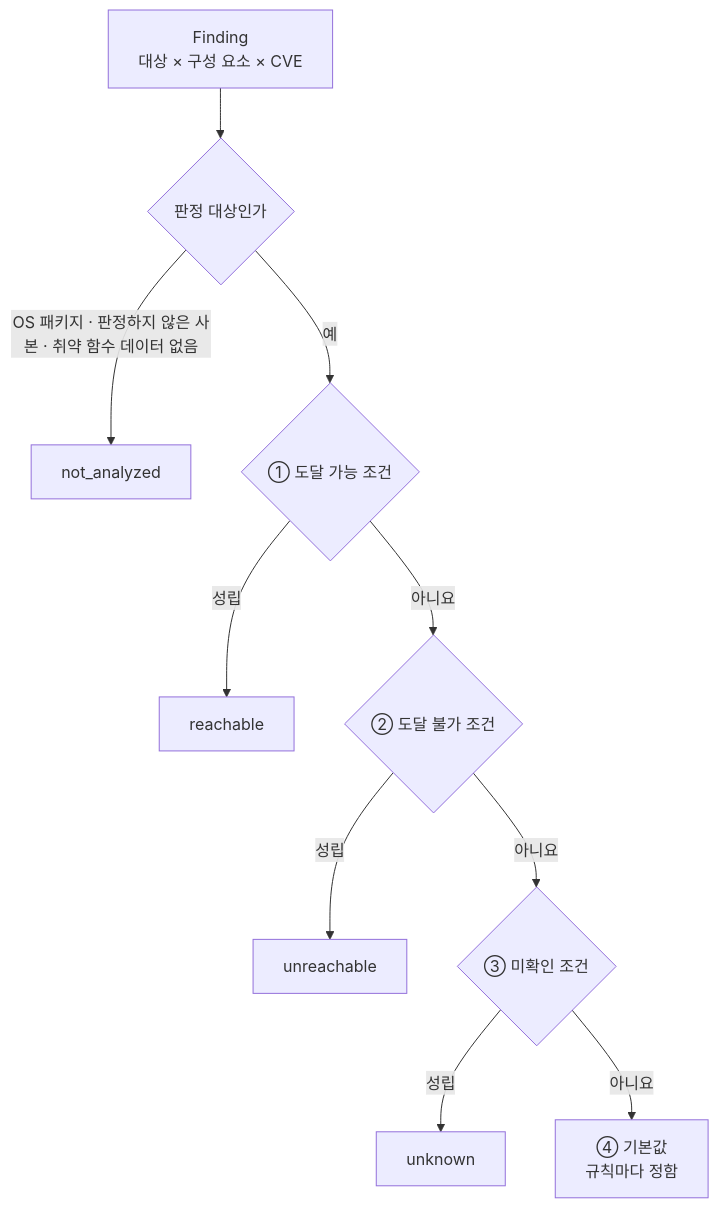
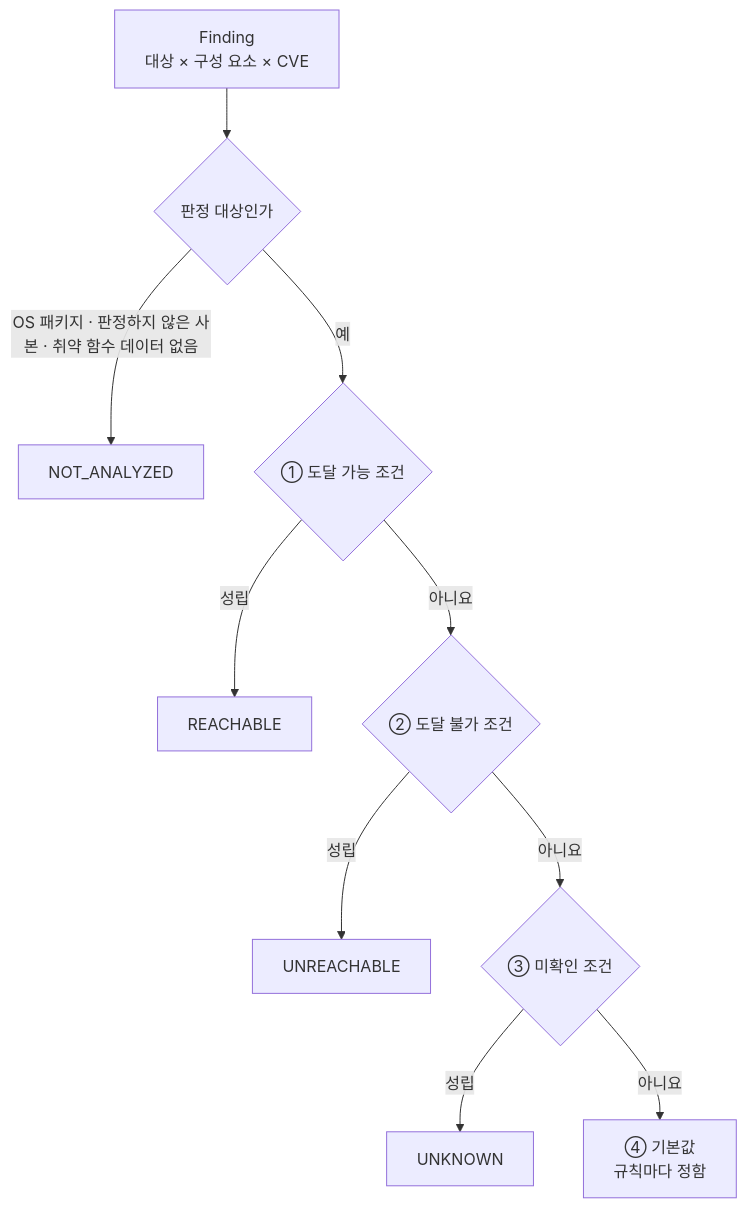
One commit to Logssey/security-solution-docs changed the diagram in reachability-analysis/02-functional-design/rule-spec.md. Above: the diagram before and after it, drawn with Mermaid. The commit also changed other lines of this file and 2 other files, not shown here.

````diff
--- a/reachability-analysis/02-functional-design/rule-spec.md
+++ b/reachability-analysis/02-functional-design/rule-spec.md
@@ -159,12 +159,12 @@
 ```mermaid
 flowchart TD
   F["Finding<br>대상 × 구성 요소 × CVE"] --> P{"판정 대상인가"}
-  P -->|"OS 패키지 · 판정하지 않은 사본 · 취약 함수 데이터 없음"| NA["not_analyzed"]
+  P -->|"OS 패키지 · 판정하지 않은 사본 · 취약 함수 데이터 없음"| NA["NOT_ANALYZED"]
   P -->|"예"| C1{"① 도달 가능 조건"}
-  C1 -->|"성립"| R["reachable"]
+  C1 -->|"성립"| R["REACHABLE"]
   C1 -->|"아니요"| C2{"② 도달 불가 조건"}
-  C2 -->|"성립"| U["unreachable"]
+  C2 -->|"성립"| U["UNREACHABLE"]
   C2 -->|"아니요"| C3{"③ 미확인 조건"}
-  C3 -->|"성립"| K["unknown"]
+  C3 -->|"성립"| K["UNKNOWN"]
   C3 -->|"아니요"| D["④ 기본값<br>규칙마다 정함"]
 ```
````
